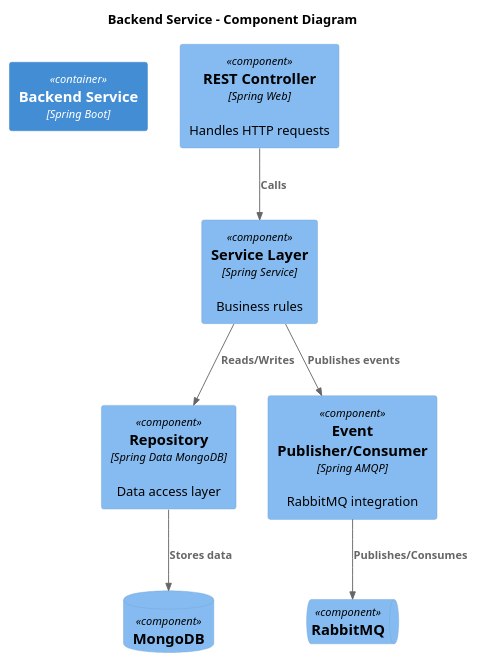
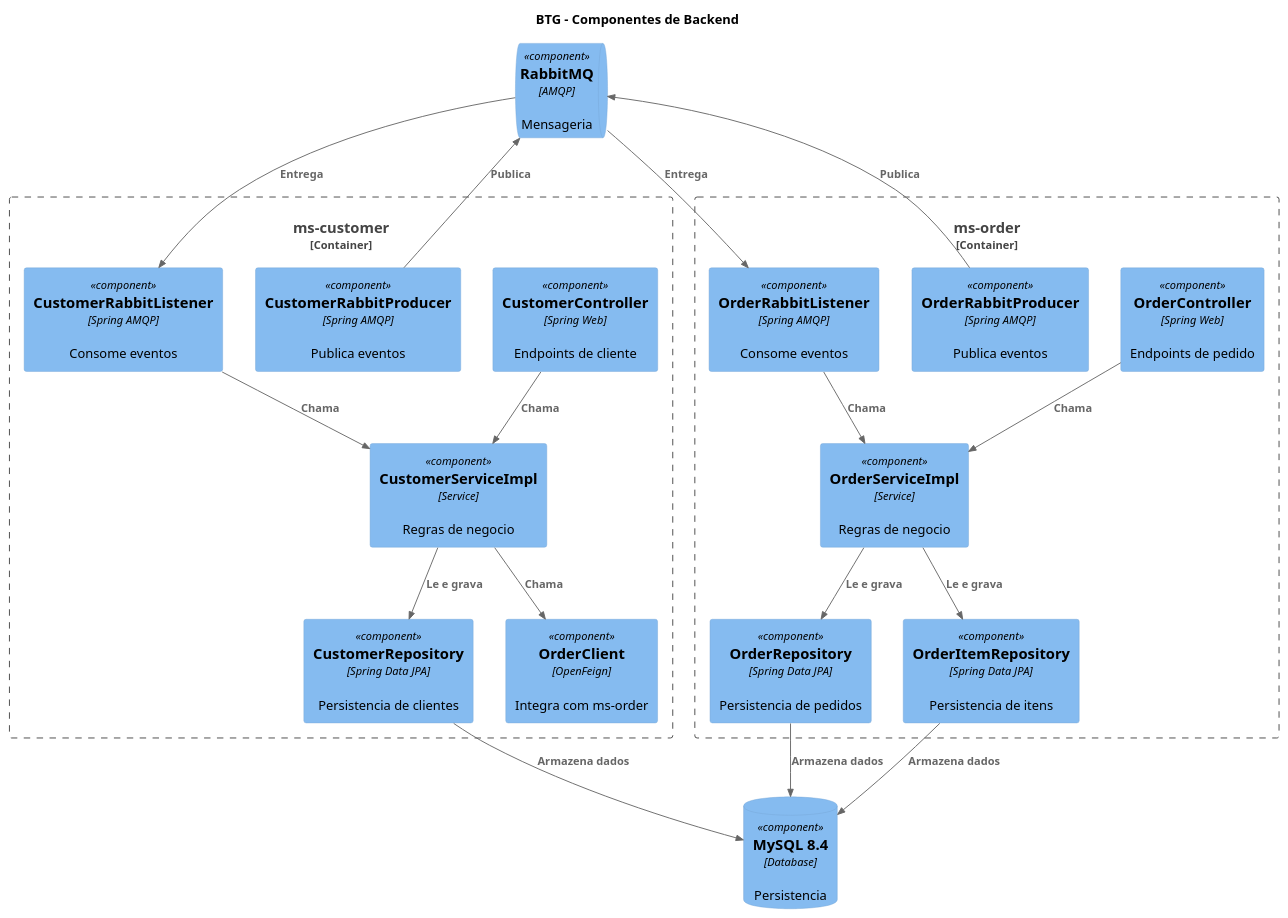
The diagram in docs/architecture/component-diagram-backend.puml (leoalmeida/desafioBTG), drawn with PlantUML before and after one commit. The commit also changed 9 other files, not shown here.

```diff
--- a/docs/architecture/component-diagram-backend.puml
+++ b/docs/architecture/component-diagram-backend.puml
@@ -1,24 +1,45 @@
-@startuml C4_Component
+@startuml component_diagram
 
 !include https://raw.githubusercontent.com/plantuml-stdlib/C4-PlantUML/master/C4_Component.puml
 
-title Backend Service - Component Diagram
+title BTG - Componentes de Backend
 
-Container(service, "Backend Service", "Spring Boot")
+Container_Boundary(customer_service, "ms-customer") {
+	Component(customer_controller, "CustomerController", "Spring Web", "Endpoints de cliente")
+	Component(customer_service_layer, "CustomerServiceImpl", "Service", "Regras de negocio")
+	Component(customer_repo, "CustomerRepository", "Spring Data JPA", "Persistencia de clientes")
+	Component(customer_producer, "CustomerRabbitProducer", "Spring AMQP", "Publica eventos")
+	Component(customer_listener, "CustomerRabbitListener", "Spring AMQP", "Consome eventos")
+	Component(order_client, "OrderClient", "OpenFeign", "Integra com ms-order")
+}
 
-Component(controller, "REST Controller", "Spring Web", "Handles HTTP requests")
-Component(service_layer, "Service Layer", "Spring Service", "Business rules")
-Component(repository, "Repository", "Spring Data MongoDB", "Data access layer")
-Component(messaging, "Event Publisher/Consumer", "Spring AMQP", "RabbitMQ integration")
+Container_Boundary(order_service, "ms-order") {
+	Component(order_controller, "OrderController", "Spring Web", "Endpoints de pedido")
+	Component(order_service_layer, "OrderServiceImpl", "Service", "Regras de negocio")
+	Component(order_repo, "OrderRepository", "Spring Data JPA", "Persistencia de pedidos")
+	Component(order_item_repo, "OrderItemRepository", "Spring Data JPA", "Persistencia de itens")
+	Component(order_producer, "OrderRabbitProducer", "Spring AMQP", "Publica eventos")
+	Component(order_listener, "OrderRabbitListener", "Spring AMQP", "Consome eventos")
+}
 
-ComponentDb(mongodb, "MongoDB")
-ComponentQueue(rabbitmq, "RabbitMQ")
+ComponentDb(mysql, "MySQL 8.4", "Database", "Persistencia")
+ComponentQueue(rabbitmq, "RabbitMQ", "AMQP", "Mensageria")
 
-Rel(controller, service_layer, "Calls")
-Rel(service_layer, repository, "Reads/Writes")
-Rel(repository, mongodb, "Stores data")
+Rel(customer_controller, customer_service_layer, "Chama")
+Rel(customer_service_layer, customer_repo, "Le e grava")
+Rel(customer_service_layer, order_client, "Chama")
+Rel(customer_producer, rabbitmq, "Publica")
+Rel(rabbitmq, customer_listener, "Entrega")
+Rel(customer_listener, customer_service_layer, "Chama")
+Rel(customer_repo, mysql, "Armazena dados")
 
-Rel(service_layer, messaging, "Publishes events")
-Rel(messaging, rabbitmq, "Publishes/Consumes")
+Rel(order_controller, order_service_layer, "Chama")
+Rel(order_service_layer, order_repo, "Le e grava")
+Rel(order_service_layer, order_item_repo, "Le e grava")
+Rel(order_producer, rabbitmq, "Publica")
+Rel(rabbitmq, order_listener, "Entrega")
+Rel(order_listener, order_service_layer, "Chama")
+Rel(order_repo, mysql, "Armazena dados")
+Rel(order_item_repo, mysql, "Armazena dados")
 
 @enduml
```
